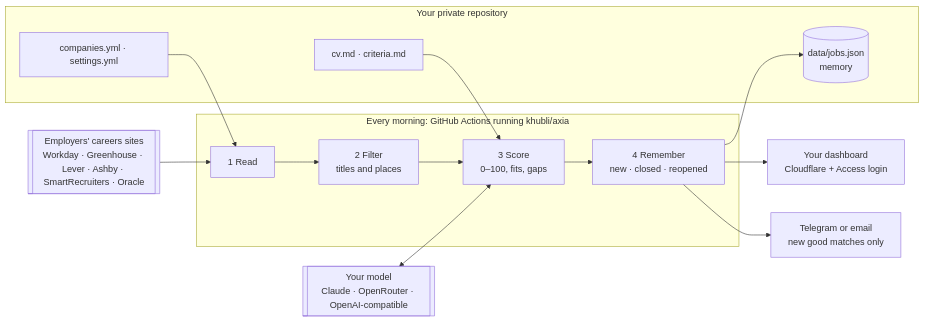
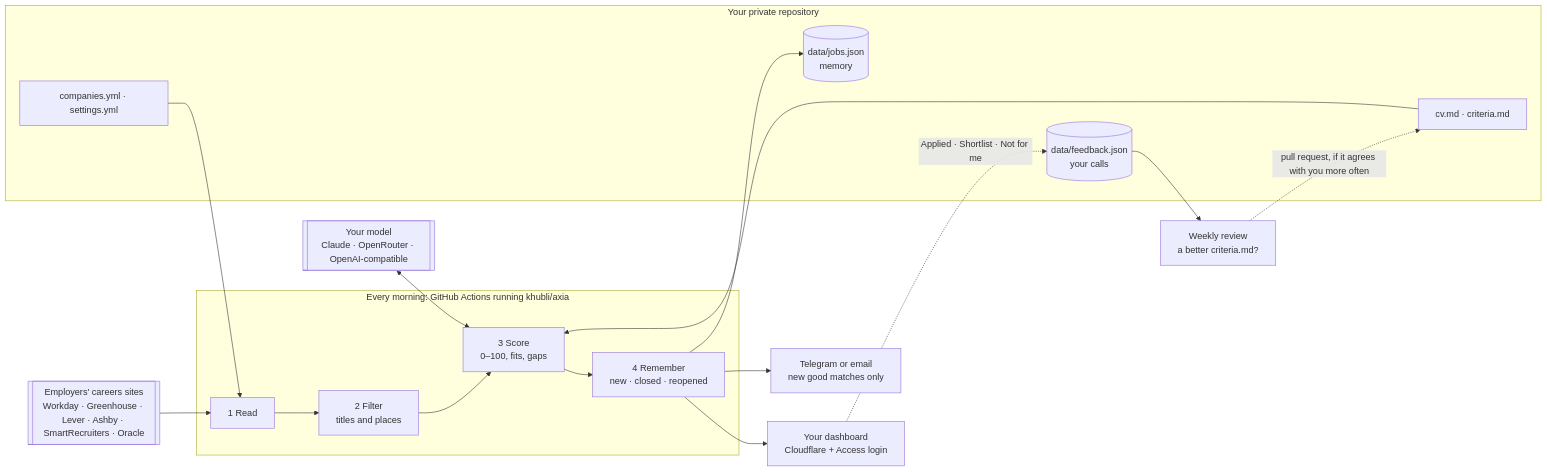
The diagram in docs/how-it-works.md (khubli/axia), drawn with Mermaid before and after one commit. The commit also changed 4 other files, not shown here.

First line of the commit message:
Release notes for 1.2.0: version, security note, the feedback loop in the diagram

````diff
--- a/docs/how-it-works.md
+++ b/docs/how-it-works.md
@@ -5,20 +5,24 @@
 ```mermaid
 flowchart LR
   subgraph you["Your private repository"]
     cfg["companies.yml · settings.yml"]
     cv["cv.md · criteria.md"]
     mem[("data/jobs.json<br/>memory")]
+    fb[("data/feedback.json<br/>your calls")]
   end
   sites[["Employers' careers sites<br/>Workday · Greenhouse · Lever · Ashby · SmartRecruiters · Oracle"]]
   model[["Your model<br/>Claude · OpenRouter · OpenAI-compatible"]]
   subgraph run["Every morning: GitHub Actions running khubli/axia"]
     read["1 Read"] --> filter["2 Filter<br/>titles and places"] --> score["3 Score<br/>0–100, fits, gaps"] --> remember["4 Remember<br/>new · closed · reopened"]
   end
   cfg --> read
   sites --> read
   cv --> score
   model <--> score
   remember --> mem
   remember --> dash["Your dashboard<br/>Cloudflare + Access login"]
   remember --> msg["Telegram or email<br/>new good matches only"]
+  dash -. "Applied · Shortlist · Not for me" .-> fb
+  fb --> review["Weekly review<br/>a better criteria.md?"]
+  review -. "pull request, if it agrees with you more often" .-> cv
 ```
````
